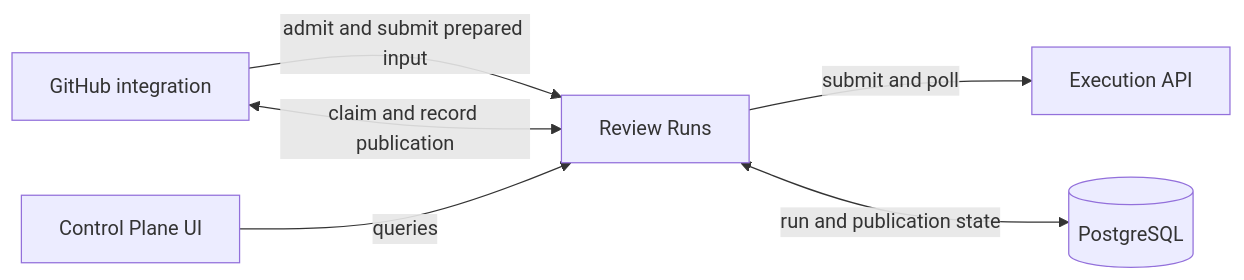
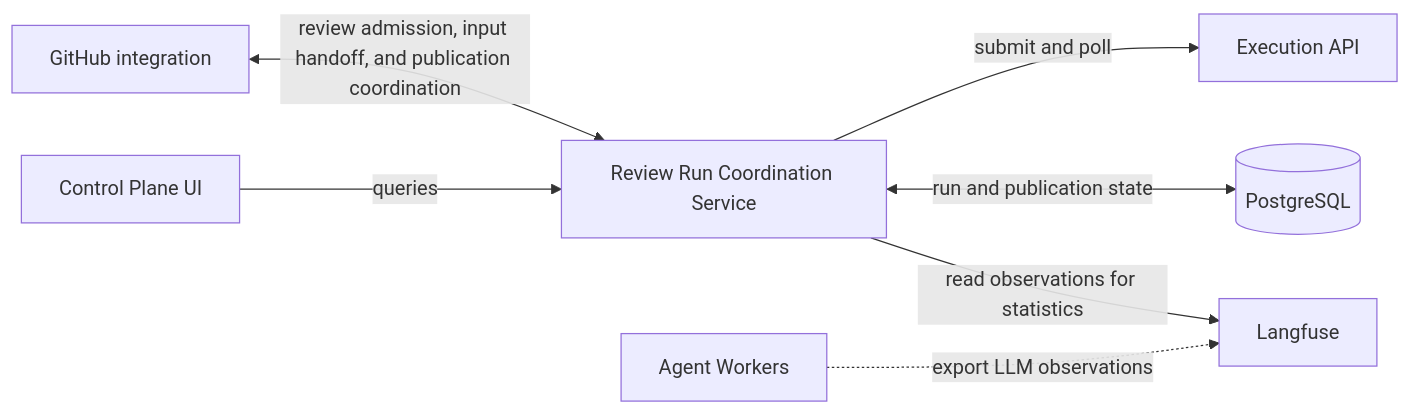
Before and after one commit to Agent-AI-Chalmers/sec-review-bot: the first of 5 diagrams in review-runs/README.md, drawn with Mermaid. The commit also changed other lines of this file and 70 other files, not shown here.

````diff
--- a/review-runs/README.md
+++ b/review-runs/README.md
@@ -9,8 +9,9 @@
 ```mermaid
 flowchart LR
-  integration[GitHub integration] -->|admit and submit prepared input| control[Review Runs]
+  integration[GitHub integration] <-->|review admission, input handoff, and publication coordination| control[Review Run Coordination Service]
   control -->|submit and poll| execution[Execution API]
   control <-->|run and publication state| postgres[(PostgreSQL)]
-  integration <-->|claim and record publication| control
+  workers[Agent Workers] -.->|export LLM observations| langfuse[Langfuse]
+  control -->|read observations for statistics| langfuse
   ui[Control Plane UI] -->|queries| control
 ```
````
